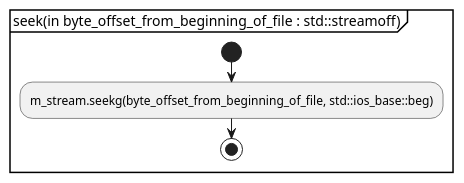
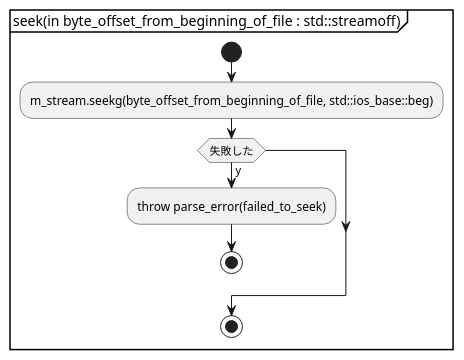
One commit to KodaiYM/PDFReader changed the fourth of 15 diagrams in document/stream_parser.activity.pu. Above: the diagram before and after it, drawn with PlantUML. The commit also changed 53 other files, not shown here.

```diff
--- a/document/stream_parser.activity.pu
+++ b/document/stream_parser.activity.pu
@@ -28,7 +28,11 @@
 @startuml seek
 partition "seek(in byte_offset_from_beginning_of_file : std::streamoff)" {
 start
 	:m_stream.seekg(byte_offset_from_beginning_of_file, std::ios_base::beg);
+	if (失敗した) then (y)
+		:throw parse_error(failed_to_seek);
+		stop
+	endif
 stop
 }
 @enduml
```
